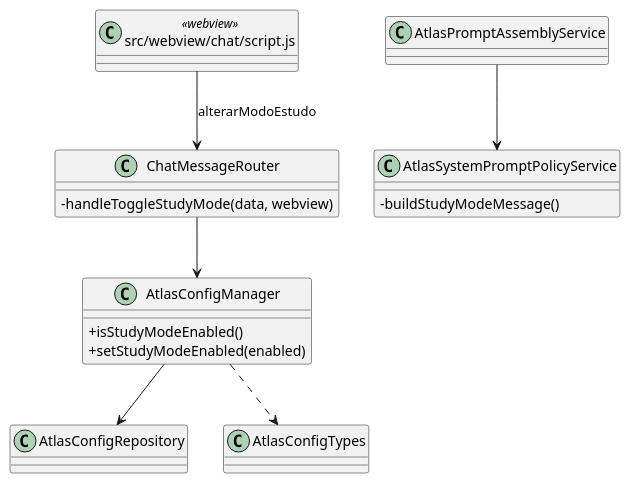
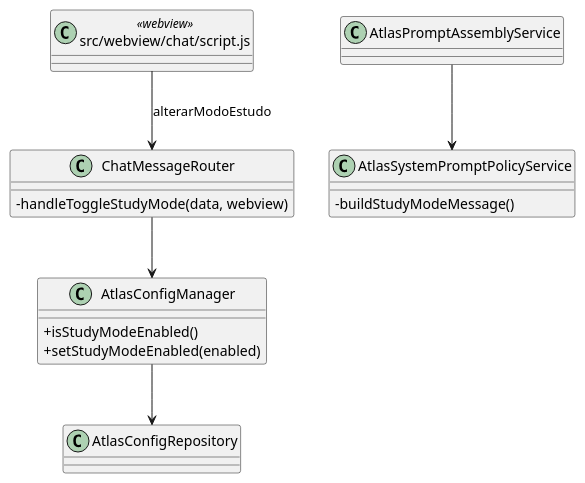
The seventh of 38 diagrams in docs/plantuml-diagramas-por-caso-de-uso-atlas.md (JVictorVI/ATLAS), drawn with PlantUML before and after one commit. The commit also changed other lines of this file and 5 other files, not shown here.

Commit message:
Atualiza diagramas e casos de uso

````diff
--- a/docs/plantuml-diagramas-por-caso-de-uso-atlas.md
+++ b/docs/plantuml-diagramas-por-caso-de-uso-atlas.md
@@ -213,27 +221,25 @@
 ```plantuml
 @startuml
 skinparam shadowing false
 skinparam classAttributeIconSize 0
 
 class "src/webview/chat/script.js" as ChatScript <<webview>>
 class ChatMessageRouter {
   -handleToggleStudyMode(data, webview)
 }
 class AtlasConfigManager {
   +isStudyModeEnabled()
   +setStudyModeEnabled(enabled)
 }
 class AtlasConfigRepository
-class AtlasConfigTypes
 class AtlasSystemPromptPolicyService {
   -buildStudyModeMessage()
 }
 class AtlasPromptAssemblyService
 
 ChatScript --> ChatMessageRouter : alterarModoEstudo
 ChatMessageRouter --> AtlasConfigManager
 AtlasConfigManager --> AtlasConfigRepository
-AtlasConfigManager ..> AtlasConfigTypes
 AtlasPromptAssemblyService --> AtlasSystemPromptPolicyService
 @enduml
 ```
````
